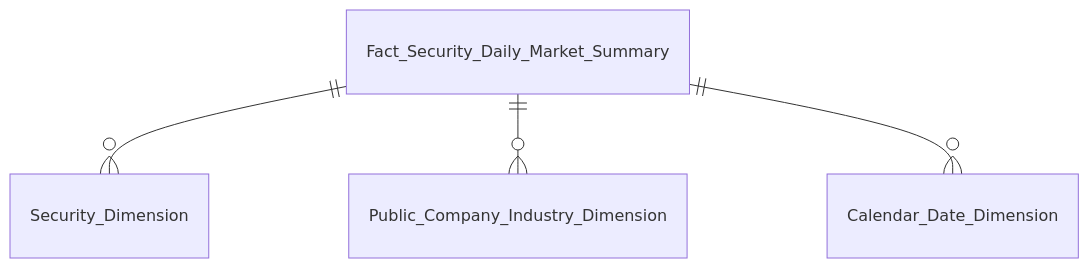
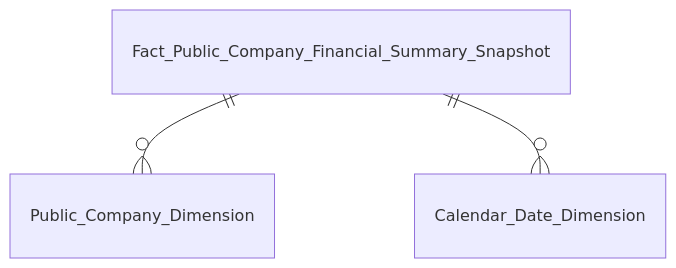
Before and after one commit to linhlvit/ubck_atomic_design: the sixth of 16 diagrams in Datamart/hld/DTM_GSDC_Entities.md, drawn with Mermaid. The commit also changed other lines of this file and 24 other files, not shown here.

````diff
--- a/Datamart/hld/DTM_GSDC_Entities.md
+++ b/Datamart/hld/DTM_GSDC_Entities.md
@@ -144,6 +95,5 @@
 ```mermaid
 erDiagram
-    Fact_Security_Daily_Market_Summary ||--o{ Security_Dimension : ""
-    Fact_Security_Daily_Market_Summary ||--o{ Public_Company_Industry_Dimension : ""
-    Fact_Security_Daily_Market_Summary ||--o{ Calendar_Date_Dimension : ""
+    Fact_Public_Company_Financial_Summary_Snapshot ||--o{ Public_Company_Dimension : ""
+    Fact_Public_Company_Financial_Summary_Snapshot ||--o{ Calendar_Date_Dimension : ""
 ```
````
